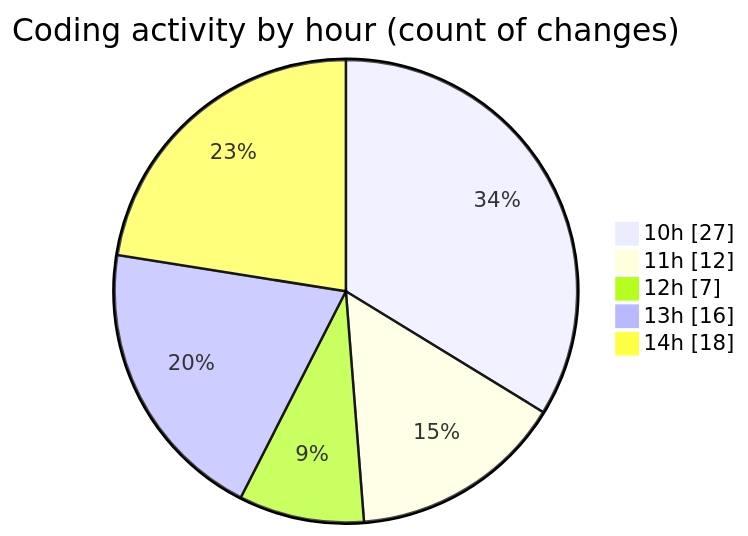
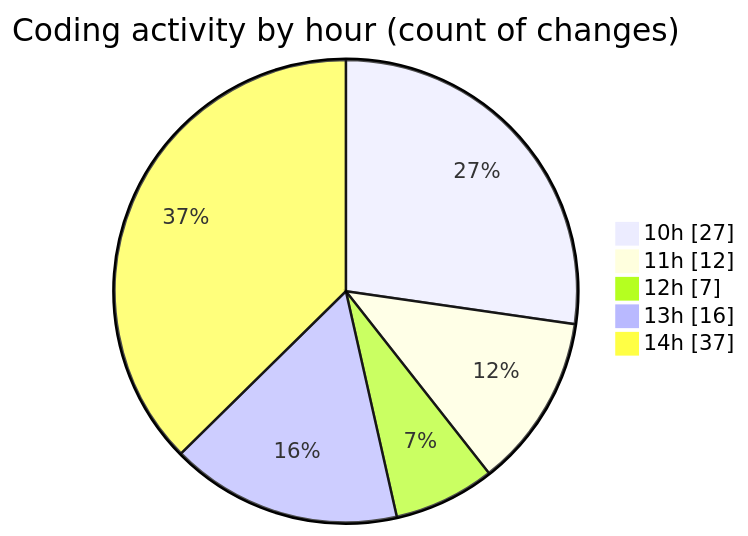
Before and after one commit to MatusMokan/code-tracking: the second of 2 diagrams in 2025-03-01/myws__workspace_/README.md, drawn with Mermaid. The commit also changed other lines of this file and 1 other file, not shown here.

````diff
--- a/2025-03-01/myws__workspace_/README.md
+++ b/2025-03-01/myws__workspace_/README.md
@@ -40,9 +40,9 @@
 ```mermaid
 pie showData
 title Coding activity by hour (count of changes)
 "10h" : 27
 "11h" : 12
 "12h" : 7
 "13h" : 16
-"14h" : 18
+"14h" : 37
 ```
````
